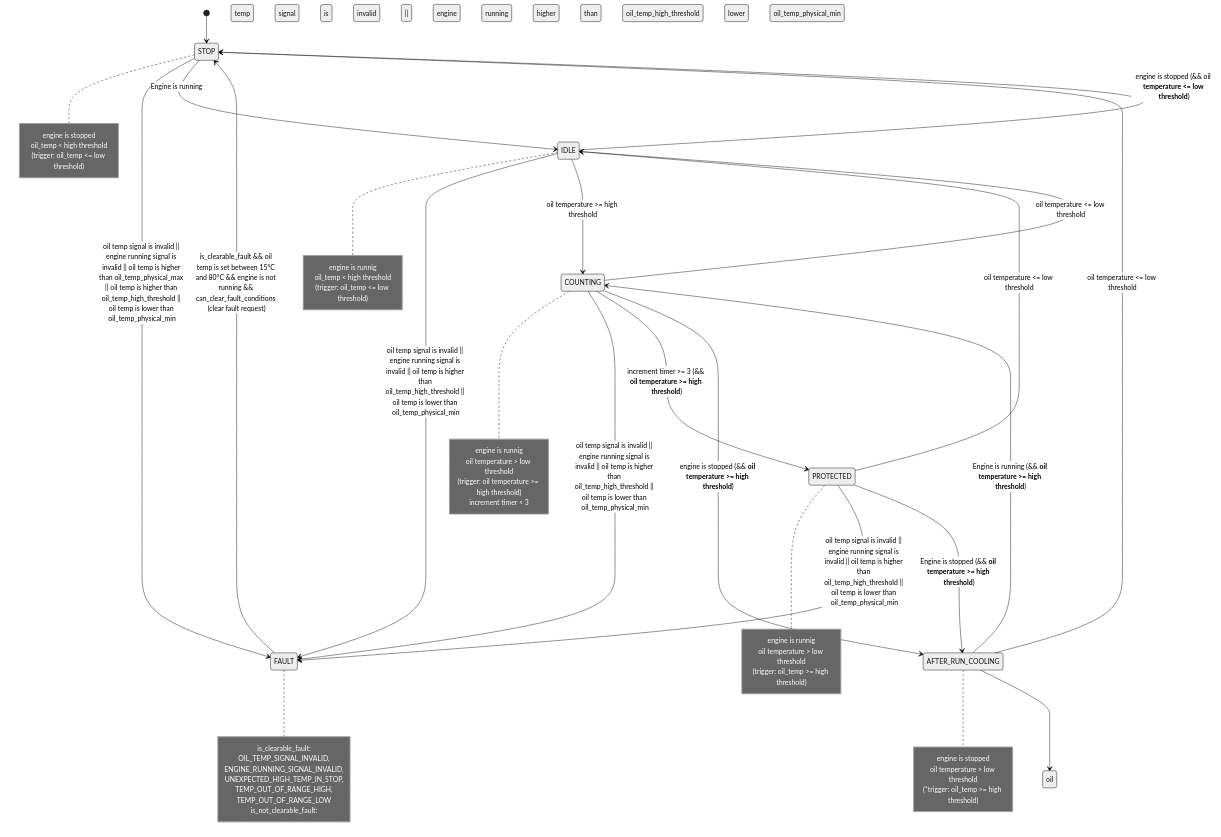
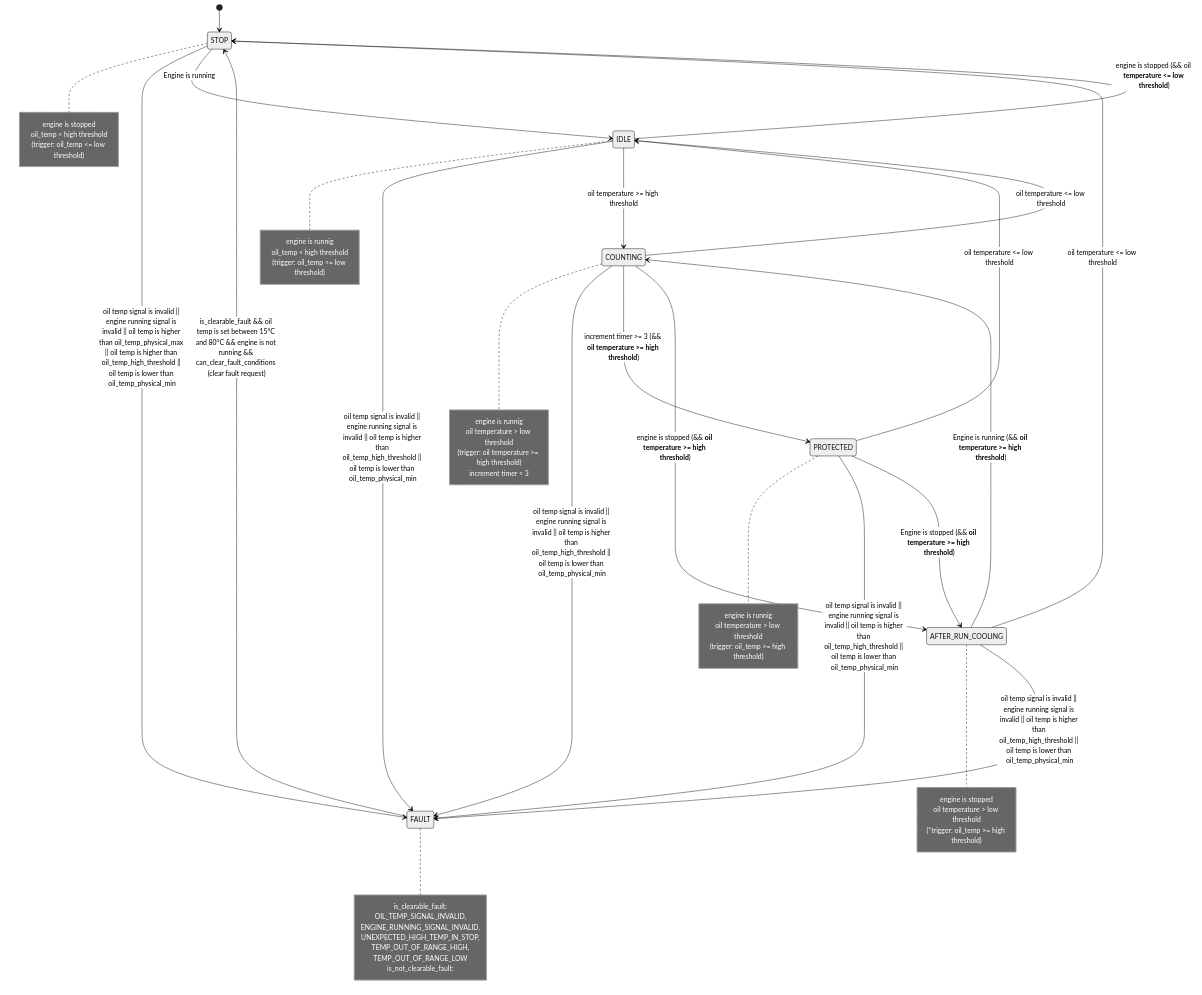
Before and after one commit to CY-M02605/Embedded-Control-Architecture: the diagram in README.md, drawn with Mermaid (neutral theme). The commit also changed other lines of this file, not shown here.

````diff
--- a/README.md
+++ b/README.md
@@ -561,62 +557,62 @@
 ```mermaid
 stateDiagram-v2
     [*] --> STOP
 
     note right of STOP
         engine is stopped
         oil_temp < high threshold
         (trigger: oil_temp <= low threshold)
     end note
     STOP --> FAULT: oil temp signal is invalid || engine running signal is invalid || oil temp is higher than oil_temp_physical_max || oil temp is higher than oil_temp_high_threshold || oil temp is lower than oil_temp_physical_min
     STOP --> IDLE: Engine is running
 
     note right of IDLE
         engine is runnig
         oil_temp < high threshold
         (trigger: oil_temp <= low threshold)
     end note
     IDLE --> FAULT: oil temp signal is invalid || engine running signal is invalid || oil temp is higher than oil_temp_high_threshold || oil temp is lower than oil_temp_physical_min
     IDLE --> COUNTING: oil temperature >= high threshold
     IDLE --> STOP: engine is stopped (&& oil **temperature <= low threshold**)
 
     note right of COUNTING
         engine is runnig
         oil temperature > low threshold
         (trigger: oil temperature >= high threshold)
         increment timer < 3
     end note
     COUNTING --> FAULT: oil temp signal is invalid || engine running signal is invalid || oil temp is higher than oil_temp_high_threshold || oil temp is lower than oil_temp_physical_min
     COUNTING --> PROTECTED: increment timer >= 3 (&& **oil temperature >= high threshold**)
     COUNTING --> IDLE: oil temperature <= low threshold
     COUNTING --> AFTER_RUN_COOLING: engine is stopped (&& **oil temperature >= high threshold**)
 
     note right of PROTECTED
         engine is runnig
         oil temperature > low threshold
         (trigger: oil_temp >= high threshold)
     end note
     PROTECTED --> FAULT: oil temp signal is invalid || engine running signal is invalid || oil temp is higher than oil_temp_high_threshold || oil temp is lower than oil_temp_physical_min
     PROTECTED --> IDLE: oil temperature <= low threshold
     PROTECTED --> AFTER_RUN_COOLING: Engine is stopped (&& **oil temperature >= high threshold**)
 
     note right of AFTER_RUN_COOLING
         engine is stopped
         oil temperature > low threshold
         (*trigger: oil_temp >= high threshold)
     end note
-    AFTER_RUN_COOLING --> oil temp signal is invalid || engine running signal is invalid || oil temp is higher than oil_temp_high_threshold || oil temp is lower than oil_temp_physical_min
+    AFTER_RUN_COOLING --> FAULT: oil temp signal is invalid || engine running signal is invalid || oil temp is higher than oil_temp_high_threshold || oil temp is lower than oil_temp_physical_min
     AFTER_RUN_COOLING --> STOP: oil temperature <= low threshold
     AFTER_RUN_COOLING --> COUNTING: Engine is running (&& **oil temperature >= high threshold**)
 
     note right of FAULT
         is_clearable_fault:
             OIL_TEMP_SIGNAL_INVALID,
             ENGINE_RUNNING_SIGNAL_INVALID,
             UNEXPECTED_HIGH_TEMP_IN_STOP,
             TEMP_OUT_OF_RANGE_HIGH,
             TEMP_OUT_OF_RANGE_LOW
         is_not_clearable_fault:
 
     end note
     FAULT --> STOP: is_clearable_fault && oil temp is set between 15°C and 80°C && engine is not running && can_clear_fault_conditions (clear fault request)
 ```
````
